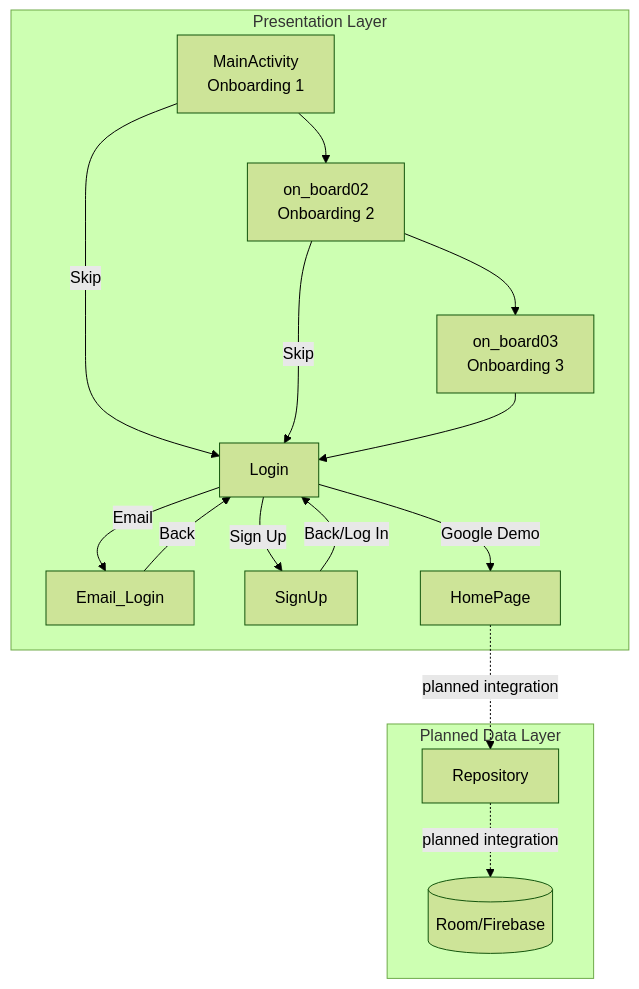
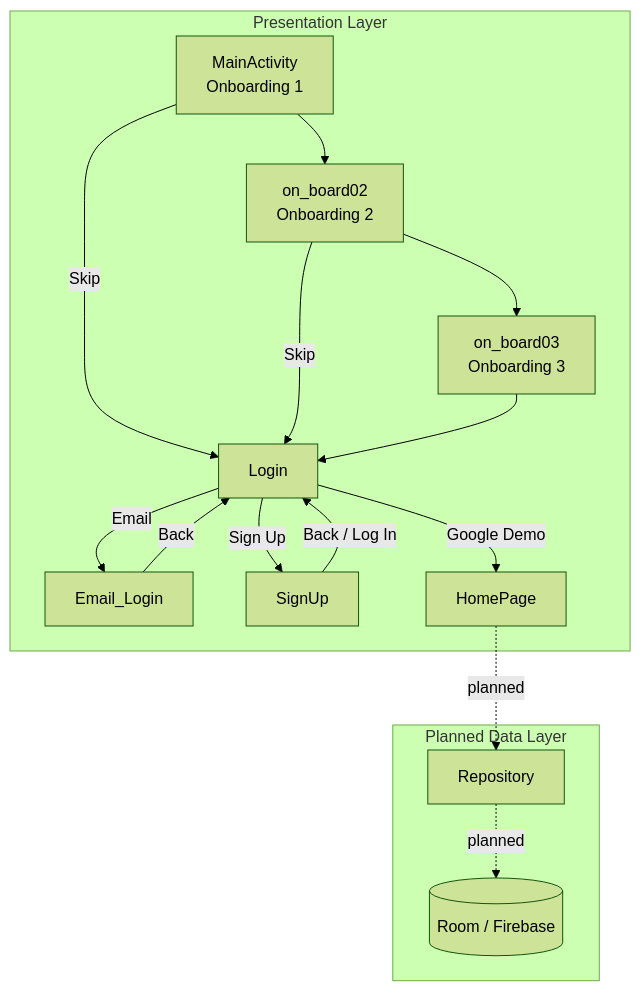
Before and after one commit to SupunLiyanage88/SpendSence_V2.0: the diagram in README.md, drawn with Mermaid (forest theme). The commit also changed other lines of this file, not shown here.

````diff
--- a/README.md
+++ b/README.md
@@ -41,31 +67,31 @@
 ```mermaid
 flowchart TD
-	A[MainActivity<br/>Onboarding 1] --> B[on_board02<br/>Onboarding 2]
-	B --> C[on_board03<br/>Onboarding 3]
-	A -->|Skip| D[Login]
-	B -->|Skip| D
-	C --> D
-	D -->|Email| E[Email_Login]
-	D -->|Sign Up| F[SignUp]
-	D -->|Google Demo| G[HomePage]
-	E -->|Back| D
-	F -->|Back/Log In| D
+    A[MainActivity<br/>Onboarding 1] --> B[on_board02<br/>Onboarding 2]
+    B --> C[on_board03<br/>Onboarding 3]
+    A -->|Skip| D[Login]
+    B -->|Skip| D
+    C --> D
+    D -->|Email| E[Email_Login]
+    D -->|Sign Up| F[SignUp]
+    D -->|Google Demo| G[HomePage]
+    E -->|Back| D
+    F -->|Back / Log In| D
 
-	subgraph Presentation Layer
-		A
-		B
-		C
-		D
-		E
-		F
-		G
-	end
+    subgraph Presentation Layer
+        A
+        B
+        C
+        D
+        E
+        F
+        G
+    end
 
-	subgraph Planned Data Layer
-		H[(Room/Firebase)]
-		I[Repository]
-	end
+    subgraph Planned Data Layer
+        H[(Room / Firebase)]
+        I[Repository]
+    end
 
-	G -. planned integration .-> I
-	I -. planned integration .-> H
+    G -. planned .-> I
+    I -. planned .-> H
 ```
````
